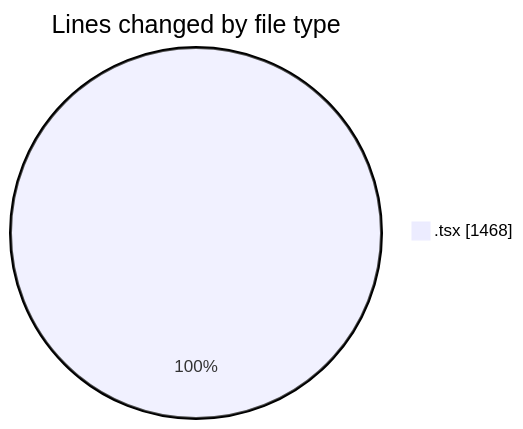
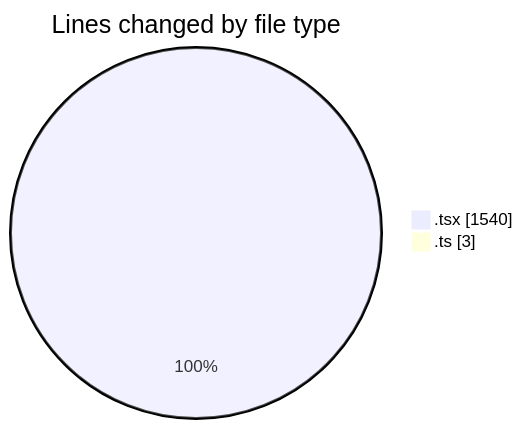
The first of 2 diagrams in 2025-02-12/cda/README.md (momahboobian/code-tracking), drawn with Mermaid before and after one commit. The commit also changed other lines of this file and 1 other file, not shown here.

````diff
--- a/2025-02-12/cda/README.md
+++ b/2025-02-12/cda/README.md
@@ -21,5 +23,6 @@
 ```mermaid
 pie showData
 title Lines changed by file type
-".tsx" : 1468
+".tsx" : 1540
+".ts" : 3
 ```
````
